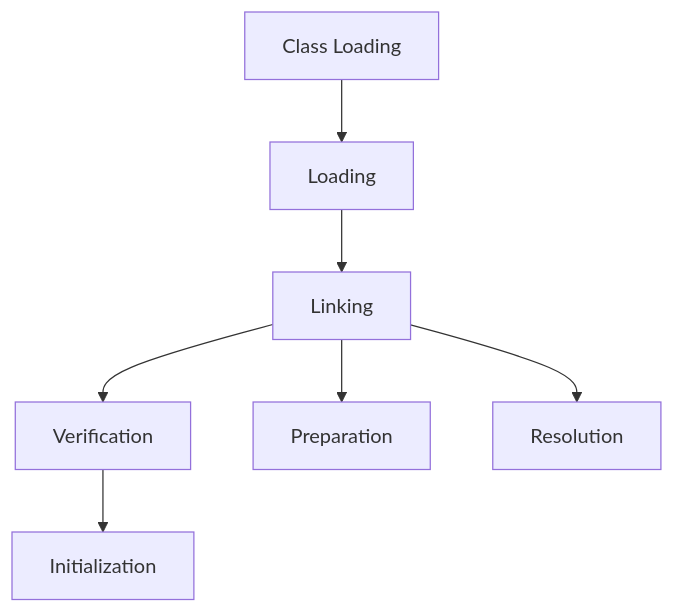
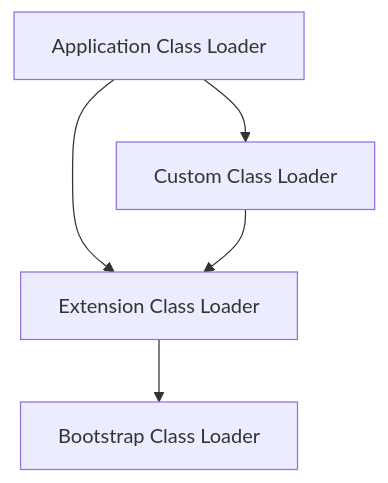
The diagram in jvm-internals-class-loading/README.md (VrushankPatel/interview-matters), drawn with Mermaid before and after one commit. The commit also changed other lines of this file and 7 other files, not shown here.

````diff
--- a/jvm-internals-class-loading/README.md
+++ b/jvm-internals-class-loading/README.md
@@ -43,9 +134,7 @@
 ```mermaid
 graph TD
-    A[Class Loading] --> B[Loading]
-    B --> C[Linking]
-    C --> D[Verification]
-    C --> E[Preparation]
-    C --> F[Resolution]
-    D --> G[Initialization]
+    A[Application Class Loader] --> B[Extension Class Loader]
+    B --> C[Bootstrap Class Loader]
+    A --> D[Custom Class Loader]
+    D --> B
 ```
````
